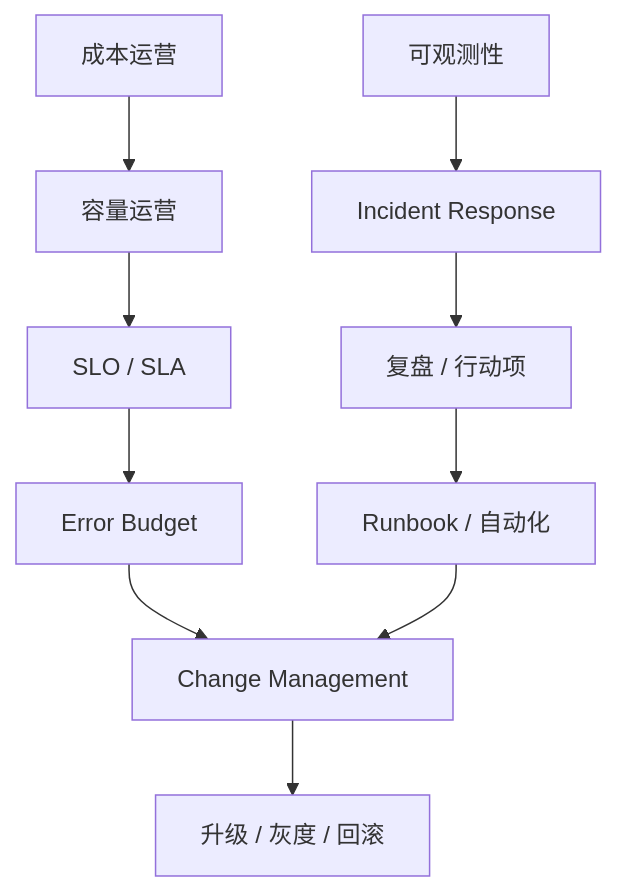
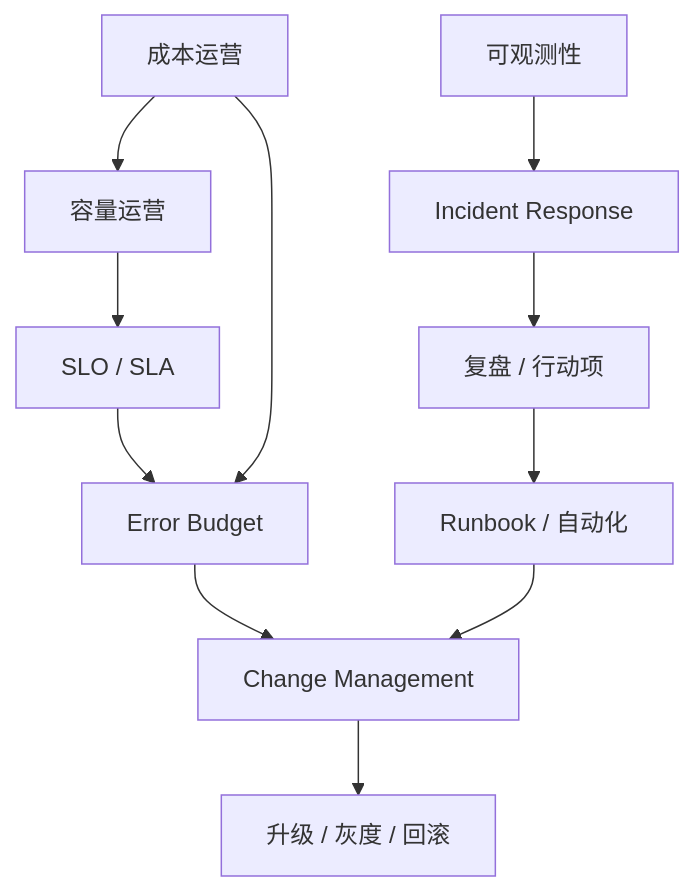
The diagram in docs/part-09-reliability-observability/chapter-40-sre-operations.md (ikingye/ai-factory-engineering), drawn with Mermaid before and after one commit. The commit also changed other lines of this file and 3 other files, not shown here.

````diff
--- a/docs/part-09-reliability-observability/chapter-40-sre-operations.md
+++ b/docs/part-09-reliability-observability/chapter-40-sre-operations.md
@@ -23,12 +51,13 @@
 ```mermaid
 flowchart TB
   SLO["SLO / SLA"] --> ErrorBudget["Error Budget"]
   ErrorBudget --> Change["Change Management"]
   Change --> Deploy["升级 / 灰度 / 回滚"]
   Observability["可观测性"] --> Incident["Incident Response"]
   Incident --> Postmortem["复盘 / 行动项"]
   Postmortem --> Runbook["Runbook / 自动化"]
   Capacity["容量运营"] --> SLO
   Cost["成本运营"] --> Capacity
   Runbook --> Change
+  Cost --> ErrorBudget
 ```
````
